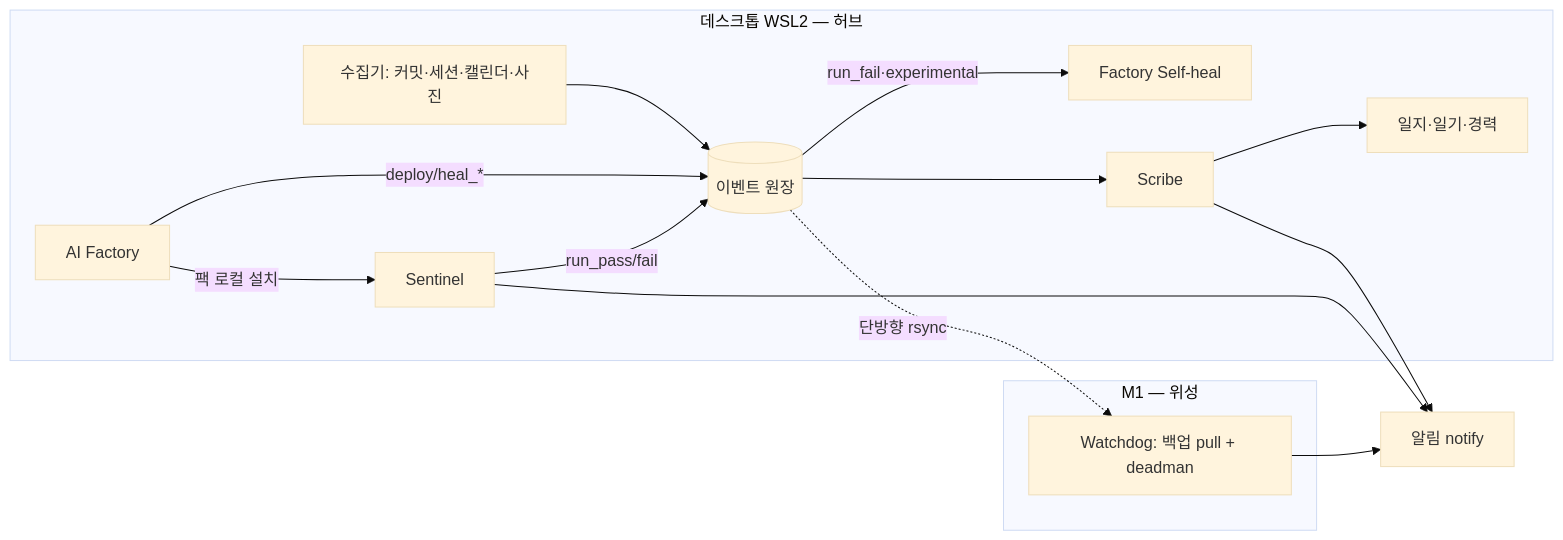
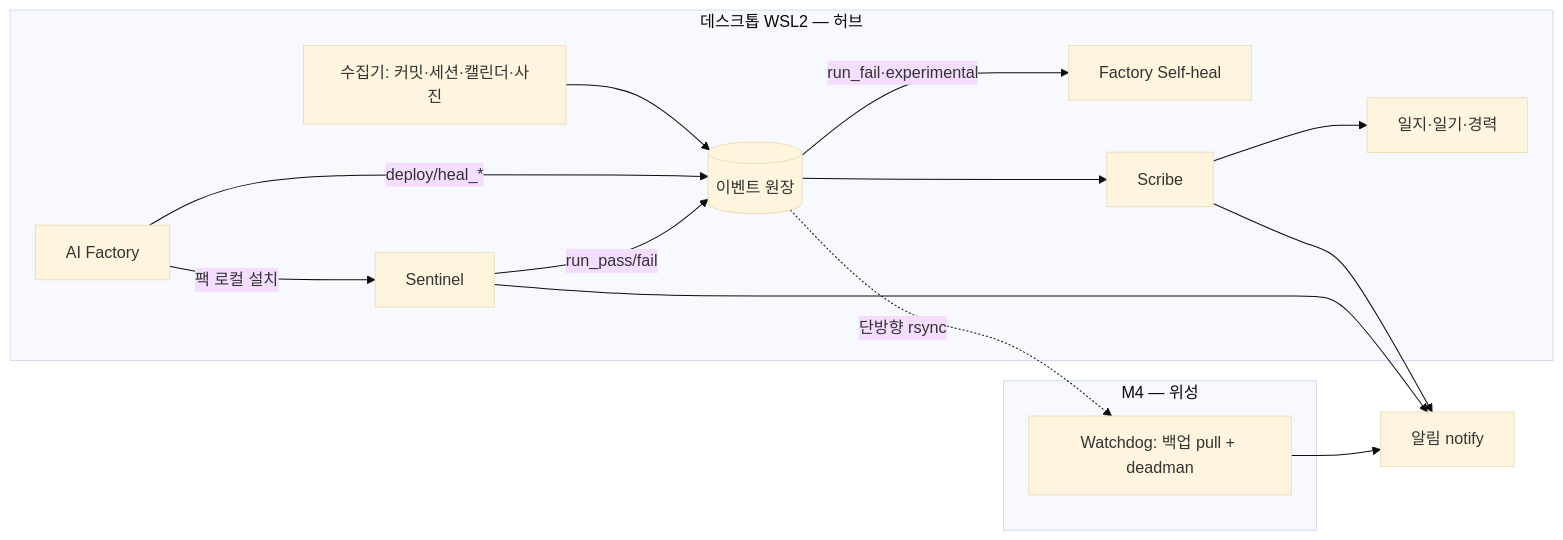
The diagram in NIGHTCREW_DESIGN.md (alswp006/nightcrew), drawn with Mermaid (base theme) before and after one commit. The commit also changed other lines of this file and 9 other files, not shown here.

````diff
--- a/NIGHTCREW_DESIGN.md
+++ b/NIGHTCREW_DESIGN.md
@@ -50,19 +52,19 @@
 ```mermaid
 flowchart LR
   subgraph 데스크톱[데스크톱 WSL2 — 허브]
     F[AI Factory] -->|팩 로컬 설치| S[Sentinel]
     S -->|run_pass/fail| L[(이벤트 원장)]
     F -->|deploy/heal_*| L
     G[수집기: 커밋·세션·캘린더·사진] --> L
     L -->|run_fail·experimental| H[Factory Self-heal]
     L --> M[Scribe]
     M --> J[일지·일기·경력]
   end
-  subgraph M1[M1 — 위성]
+  subgraph M4[M4 — 위성]
     W[Watchdog: 백업 pull + deadman]
   end
   L -.단방향 rsync.-> W
   S --> T[알림 notify]
   M --> T
   W --> T
 ```
````
